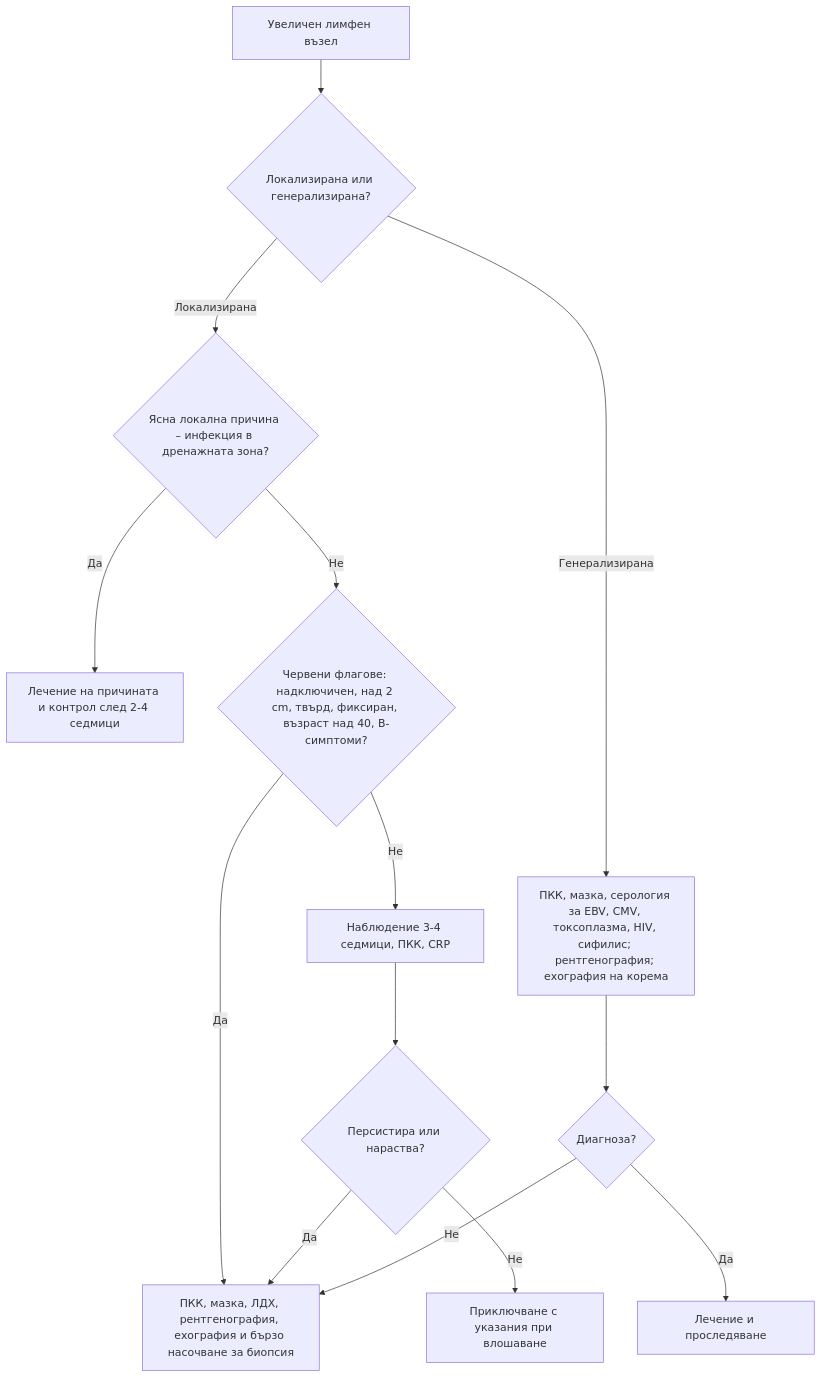
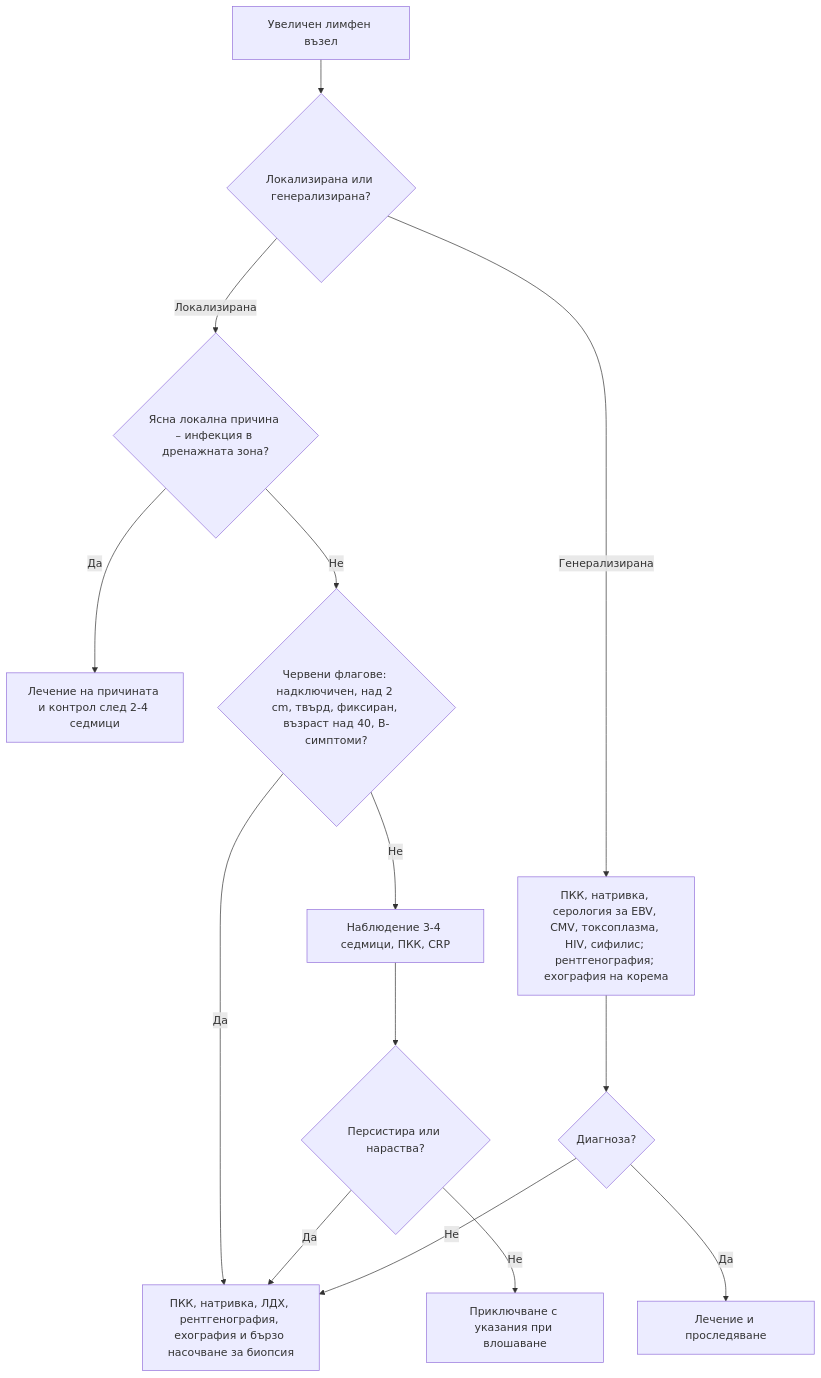
The diagram in glavi/07-limfadenopatia.md (yancho26/yancho), drawn with Mermaid before and after one commit. The commit also changed other lines of this file and 10 other files, not shown here.

````diff
--- a/glavi/07-limfadenopatia.md
+++ b/glavi/07-limfadenopatia.md
@@ -180,18 +180,18 @@
 ```mermaid
 flowchart TD
     accTitle: Диагностичен алгоритъм: лимфаденопатия и спленомегалия
     accDescr: Блок-схема. Начало: Увеличен лимфен възел. Въпроси: Локализирана или генерализирана? · Ясна локална причина – инфекция в дренажната зона? · Червени флагове: надключичен, над 2 cm, твърд, фиксиран, възраст над 40, B-симптоми? · Диагноза? · Персистира или нараства? Пълното текстово описание е под схемата.
     A["Увеличен лимфен възел"] --> B{"Локализирана или генерализирана?"}
     B -->|Локализирана| C{"Ясна локална причина – инфекция в дренажната зона?"}
     C -->|Да| D["Лечение на причината и контрол след 2-4 седмици"]
     C -->|Не| E{"Червени флагове: надключичен, над 2 cm, твърд, фиксиран, възраст над 40, B-симптоми?"}
     E -->|Не| F["Наблюдение 3-4 седмици, ПКК, CRP"]
-    E -->|Да| G["ПКК, мазка, ЛДХ, рентгенография, ехография и бързо насочване за биопсия"]
+    E -->|Да| G["ПКК, натривка, ЛДХ, рентгенография, ехография и бързо насочване за биопсия"]
     F --> H{"Персистира или нараства?"}
     H -->|Да| G
     H -->|Не| I["Приключване с указания при влошаване"]
-    B -->|Генерализирана| J["ПКК, мазка, серология за EBV, CMV, токсоплазма, HIV, сифилис; рентгенография; ехография на корема"]
+    B -->|Генерализирана| J["ПКК, натривка, серология за EBV, CMV, токсоплазма, HIV, сифилис; рентгенография; ехография на корема"]
     J --> K{"Диагноза?"}
     K -->|Не| G
     K -->|Да| L["Лечение и проследяване"]
 ```
````
